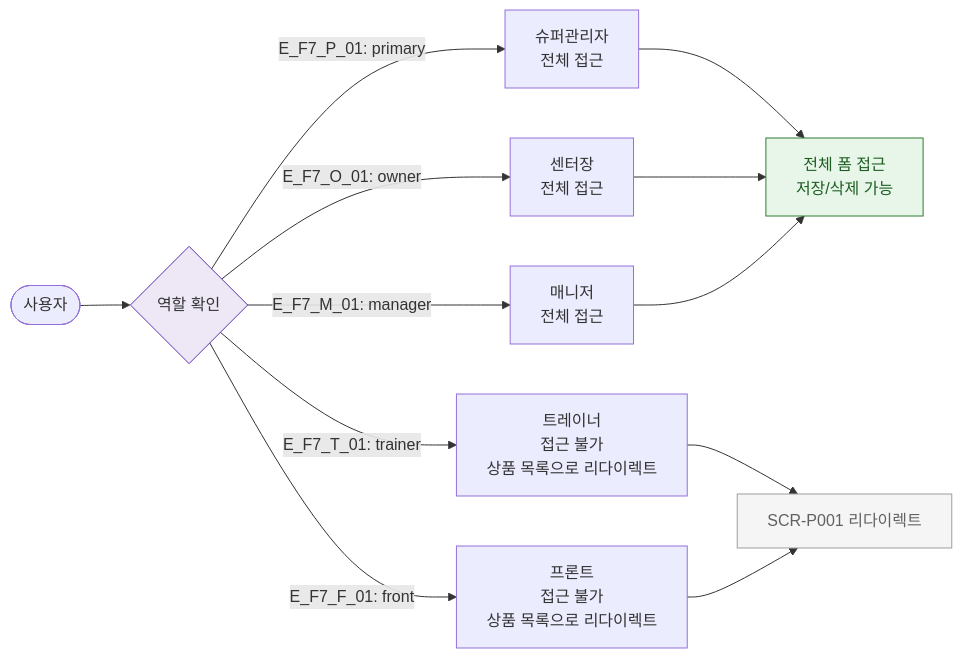
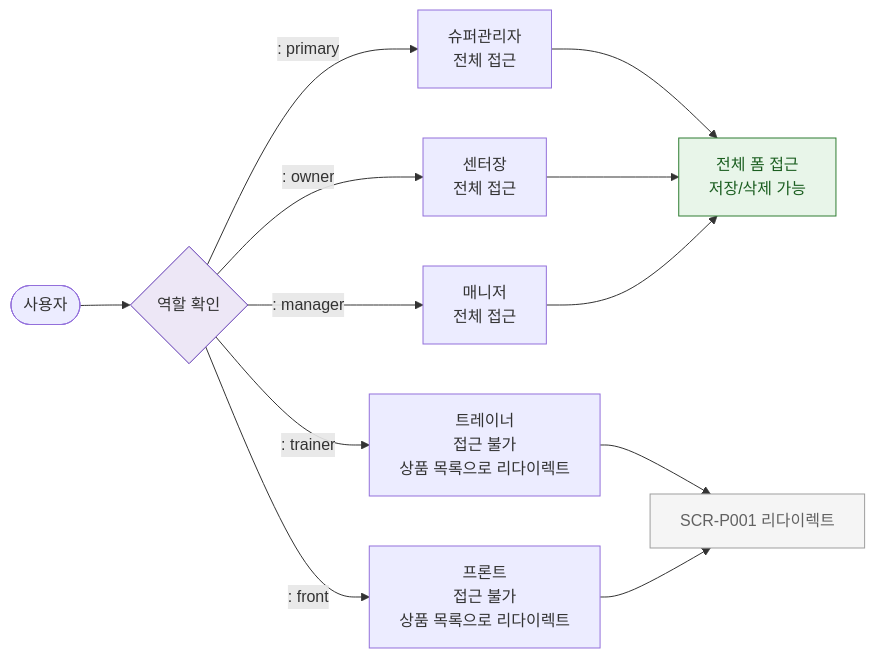
The diagram in docs/다이어그램/D05_상품관리/SCR-P002_상품등록수정_레거시/F7_권한RBAC.md (dev-spogym/admin-pando), drawn with Mermaid before and after one commit. The commit also changed other lines of this file and 1660 other files, not shown here.

First line of the commit message:
다이어그램: 기획자/클라이언트 납품본으로 정리

````diff
--- a/docs/다이어그램/D05_상품관리/SCR-P002_상품등록수정_레거시/F7_권한RBAC.md
+++ b/docs/다이어그램/D05_상품관리/SCR-P002_상품등록수정_레거시/F7_권한RBAC.md
@@ -16,20 +14,20 @@
 ```mermaid
 flowchart LR
     USER([사용자]) --> RoleCheck{역할 확인}
 
-    RoleCheck -->|"E_F7_P_01: primary"| P[슈퍼관리자\n전체 접근]
-    RoleCheck -->|"E_F7_O_01: owner"| O[센터장\n전체 접근]
-    RoleCheck -->|"E_F7_M_01: manager"| M[매니저\n전체 접근]
-    RoleCheck -->|"E_F7_T_01: trainer"| T[트레이너\n접근 불가\n상품 목록으로 리다이렉트]
-    RoleCheck -->|"E_F7_F_01: front"| F[프론트\n접근 불가\n상품 목록으로 리다이렉트]
+    RoleCheck -->|": primary"|P[슈퍼관리자\n전체 접근]
+    RoleCheck -->|": owner"|O[센터장\n전체 접근]
+    RoleCheck -->|": manager"|M[매니저\n전체 접근]
+    RoleCheck -->|": trainer"|T[트레이너\n접근 불가\n상품 목록으로 리다이렉트]
+    RoleCheck -->|": front"|F[프론트\n접근 불가\n상품 목록으로 리다이렉트]
 
     P & O & M --> FullAccess[전체 폼 접근\n저장/삭제 가능]
     T & F --> Redirect[SCR-P001 리다이렉트]
 
     classDef success fill:#E8F5E9,stroke:#2E7D32,color:#1B5E20
     classDef rbacBlocked fill:#F5F5F5,stroke:#9E9E9E,color:#616161
     classDef system fill:#EDE7F6,stroke:#5E35B2
     class FullAccess success
     class Redirect rbacBlocked
     class RoleCheck system
 ```
````
